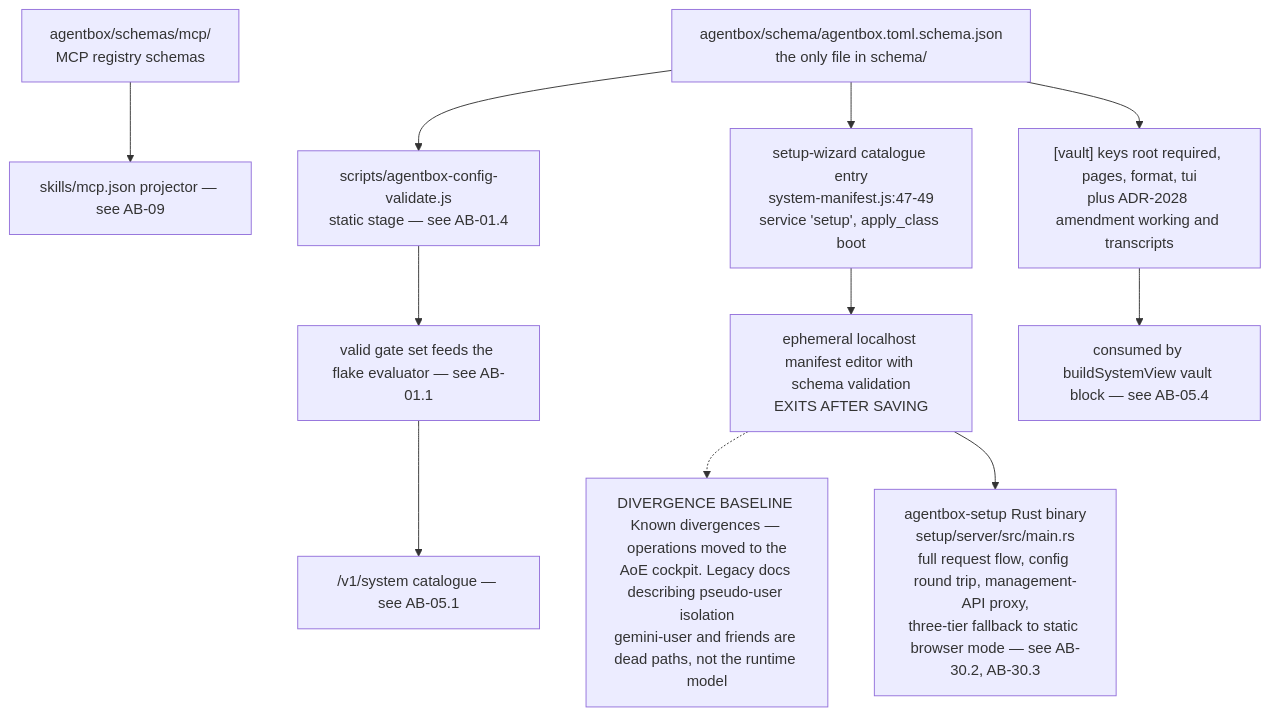
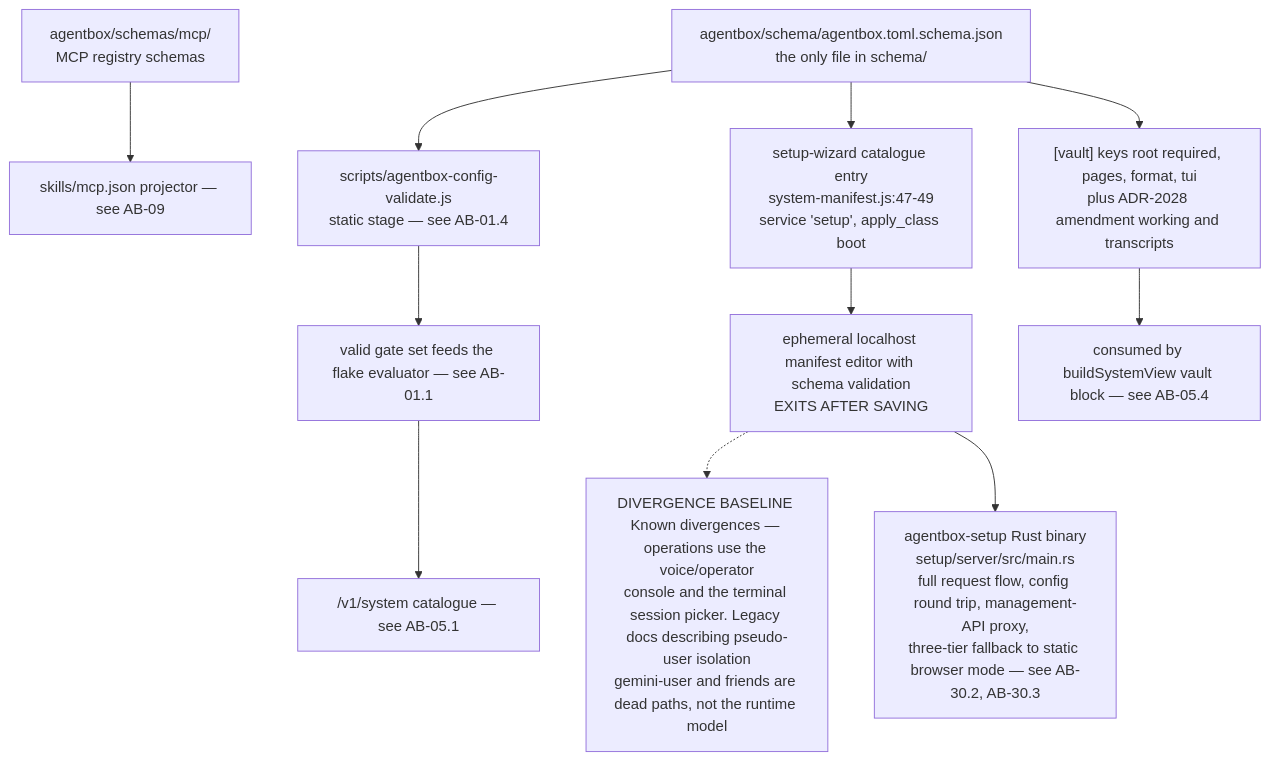
The tenth of 16 diagrams in docs/diagrams/agentbox/05-manifest-gates-and-cli.md (DreamLab-AI/VisionFlow), drawn with Mermaid before and after one commit. The commit also changed other lines of this file and 145 other files, not shown here.

````diff
--- a/docs/diagrams/agentbox/05-manifest-gates-and-cli.md
+++ b/docs/diagrams/agentbox/05-manifest-gates-and-cli.md
@@ -336,13 +342,13 @@
 ```mermaid
 flowchart TD
     S1["agentbox/schema/agentbox.toml.schema.json<br/>the only file in schema/"] --> V["scripts/agentbox-config-validate.js<br/>static stage — see AB-01.4"]
     S2["agentbox/schemas/mcp/<br/>MCP registry schemas"] --> P["skills/mcp.json projector — see AB-09"]
     V --> GATE["valid gate set feeds the flake evaluator — see AB-01.1"]
     S1 --> SW["setup-wizard catalogue entry<br/>system-manifest.js:47-49<br/>service 'setup', apply_class boot"]
     SW --> SWB["ephemeral localhost manifest editor with schema validation<br/>EXITS AFTER SAVING"]
-    SWB -.-> DIV["DIVERGENCE BASELINE Known divergences — operations moved to the<br/>AoE cockpit. Legacy docs describing pseudo-user isolation<br/>gemini-user and friends are dead paths, not the runtime model"]
+    SWB -.-> DIV["DIVERGENCE BASELINE Known divergences — operations use the voice/operator<br/>console and the terminal session picker. Legacy docs describing pseudo-user isolation<br/>gemini-user and friends are dead paths, not the runtime model"]
     SWB --> BIN["agentbox-setup Rust binary<br/>setup/server/src/main.rs<br/>full request flow, config round trip, management-API proxy,<br/>three-tier fallback to static browser mode — see AB-30.2, AB-30.3"]
     S1 --> VS["[vault] keys root required, pages, format, tui<br/>plus ADR-2028 amendment working and transcripts"]
     VS --> AB4["consumed by buildSystemView vault block — see AB-05.4"]
     GATE --> MAN["/v1/system catalogue — see AB-05.1"]
 ```
````
